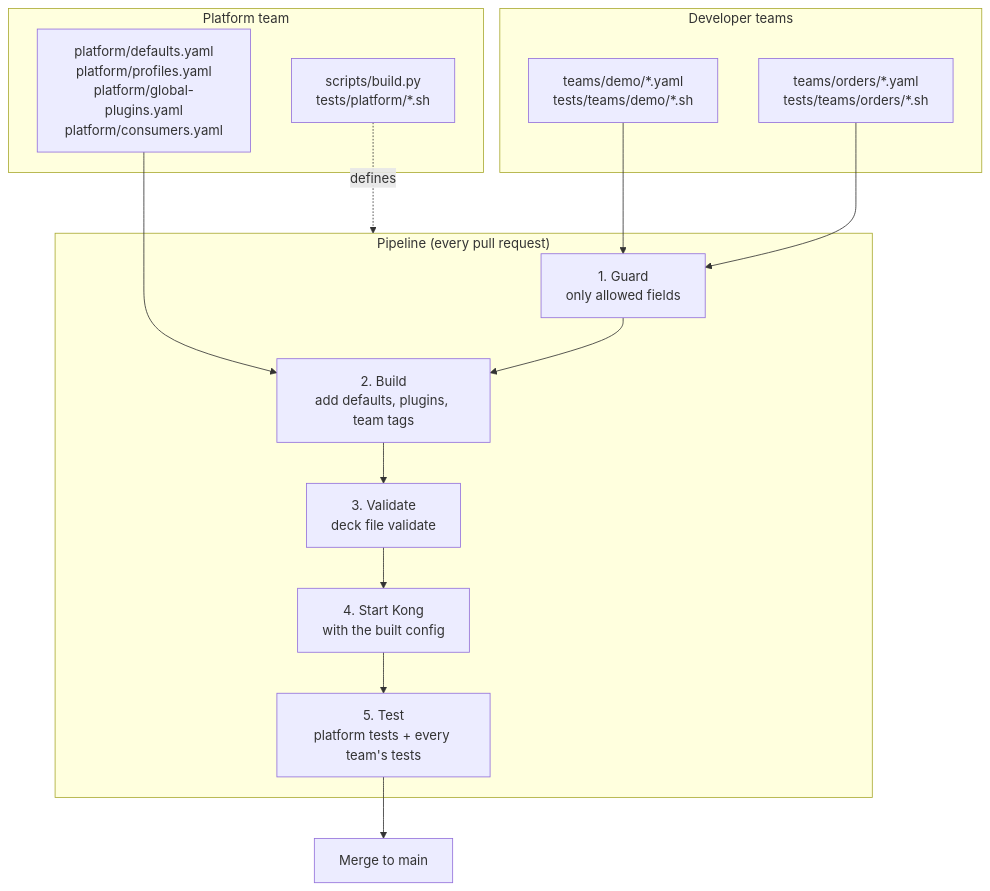
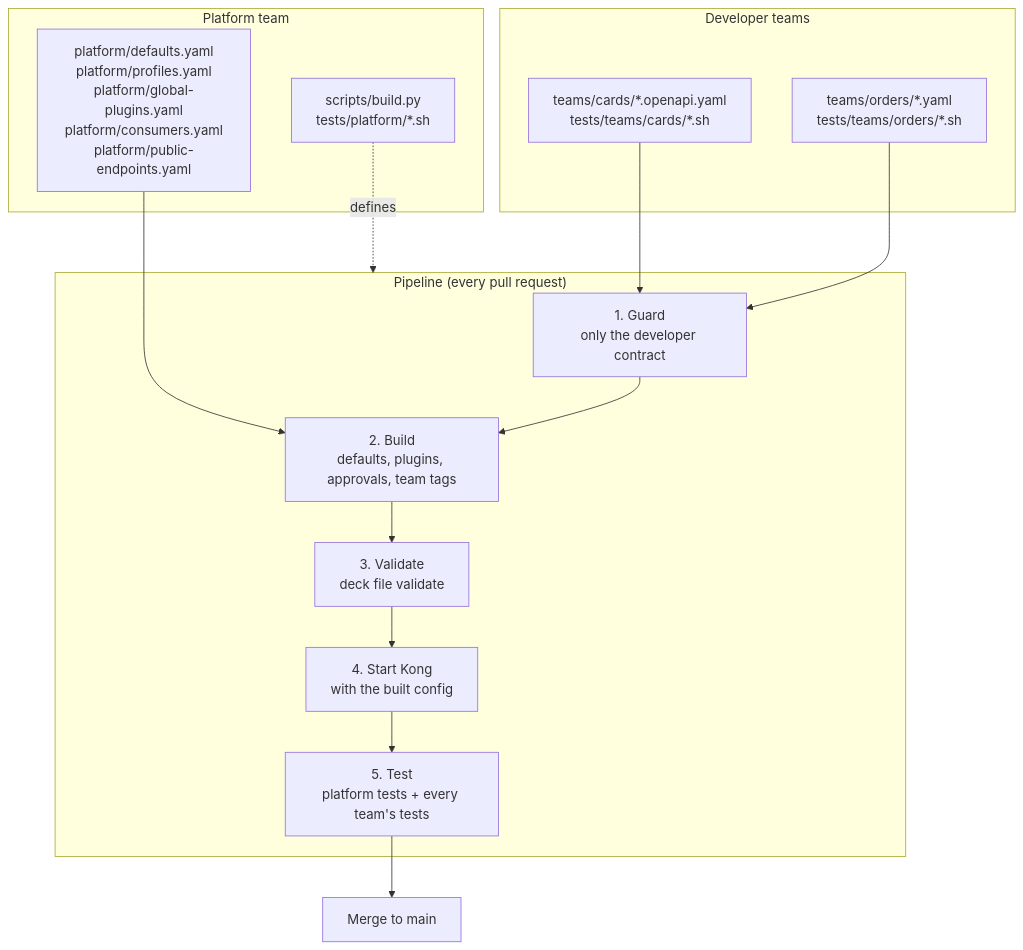
The diagram in README.md (YasirRamadan1/kong-ci-demo), drawn with Mermaid before and after one commit. The commit also changed other lines of this file and 4 other files, not shown here.

````diff
--- a/README.md
+++ b/README.md
@@ -18,26 +19,26 @@
 ```mermaid
 flowchart TB
     subgraph DEV["Developer teams"]
-        T1["teams/demo/*.yaml<br/>tests/teams/demo/*.sh"]
+        T1["teams/cards/*.openapi.yaml<br/>tests/teams/cards/*.sh"]
         T2["teams/orders/*.yaml<br/>tests/teams/orders/*.sh"]
     end
 
     subgraph PLAT["Platform team"]
-        P["platform/defaults.yaml<br/>platform/profiles.yaml<br/>platform/global-plugins.yaml<br/>platform/consumers.yaml"]
+        P["platform/defaults.yaml<br/>platform/profiles.yaml<br/>platform/global-plugins.yaml<br/>platform/consumers.yaml<br/>platform/public-endpoints.yaml"]
         S["scripts/build.py<br/>tests/platform/*.sh"]
     end
 
     T1 --> G
     T2 --> G
     P --> B
     S -. defines .-> CI
 
     subgraph CI["Pipeline (every pull request)"]
-        G["1. Guard<br/>only allowed fields"] --> B["2. Build<br/>add defaults, plugins, team tags"]
+        G["1. Guard<br/>only the developer contract"] --> B["2. Build<br/>defaults, plugins, approvals, team tags"]
         B --> V["3. Validate<br/>deck file validate"]
         V --> K["4. Start Kong<br/>with the built config"]
         K --> R["5. Test<br/>platform tests + every team's tests"]
     end
 
     R --> M["Merge to main"]
 ```
````
